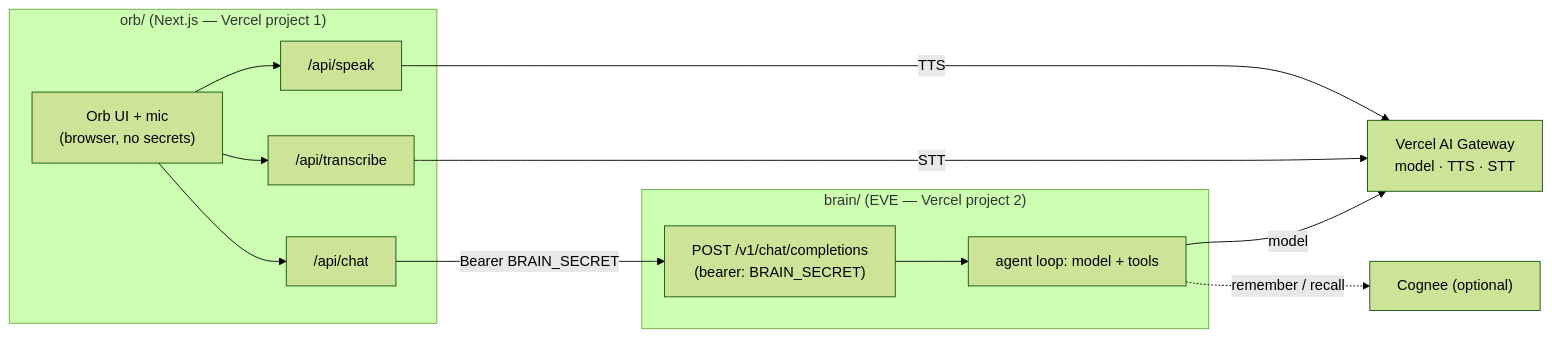
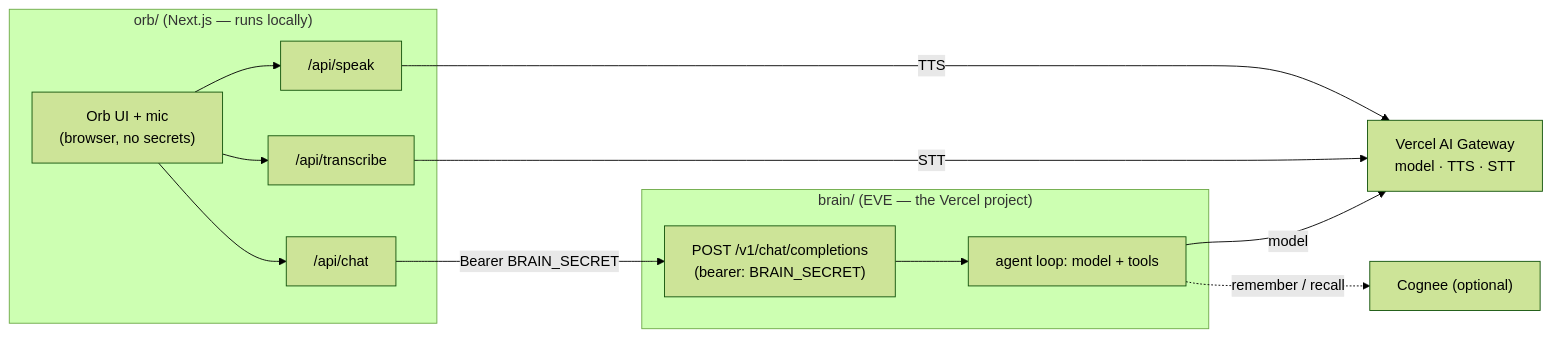
The diagram in PRD.md (tfcbot/jarvis-style-agent), drawn with Mermaid (forest theme) before and after one commit. The commit also changed other lines of this file and 2 other files, not shown here.

First line of the commit message:
docs: clarify the orb runs locally and only the brain deploys

````diff
--- a/PRD.md
+++ b/PRD.md
@@ -34,25 +34,25 @@
 ```mermaid
 flowchart LR
-  subgraph orb["orb/  (Next.js — Vercel project 1)"]
+  subgraph orb["orb/  (Next.js — runs locally)"]
     UI["Orb UI + mic<br/>(browser, no secrets)"]
     R1["/api/chat"]
     R2["/api/speak"]
     R3["/api/transcribe"]
     UI --> R1 & R2 & R3
   end
 
-  subgraph brain["brain/  (EVE — Vercel project 2)"]
+  subgraph brain["brain/  (EVE — the Vercel project)"]
     SHIM["POST /v1/chat/completions<br/>(bearer: BRAIN_SECRET)"]
     LOOP["agent loop: model + tools"]
     SHIM --> LOOP
   end
 
   GW["Vercel AI Gateway<br/>model · TTS · STT"]
   MEM["Cognee (optional)"]
 
   R1 -- "Bearer BRAIN_SECRET" --> SHIM
   R2 -- "TTS" --> GW
   R3 -- "STT" --> GW
   LOOP -- "model" --> GW
   LOOP -. "remember / recall" .-> MEM
 ```
````
